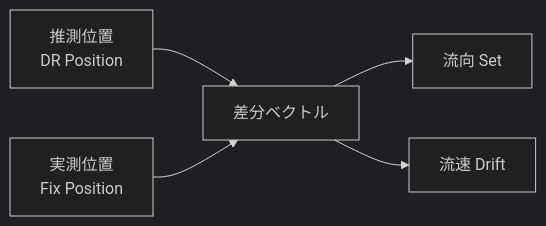
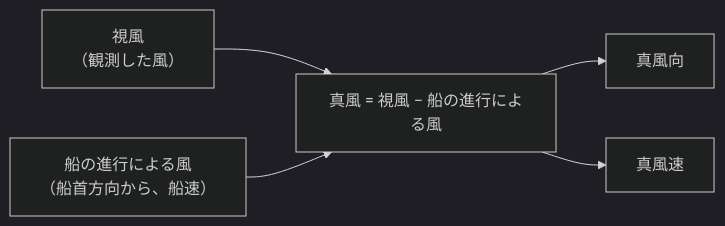
The third of 5 diagrams in docs/pilot2.md (serkenn/Navigation-calculations), drawn with Mermaid (dark theme) before and after one commit. The commit also changed other lines of this file and 6 other files, not shown here.

````diff
--- a/docs/pilot2.md
+++ b/docs/pilot2.md
@@ -66,7 +103,7 @@
 ```mermaid
 flowchart LR
-    A[推測位置<br>DR Position] --> C[差分ベクトル]
-    B[実測位置<br>Fix Position] --> C
-    C --> D["流向 Set"]
-    C --> E["流速 Drift"]
+    A["視風<br>（観測した風）"] --> C["真風 = 視風 − 船の進行による風"]
+    B["船の進行による風<br>（船首方向から、船速）"] --> C
+    C --> D[真風向]
+    C --> E[真風速]
 ```
````
